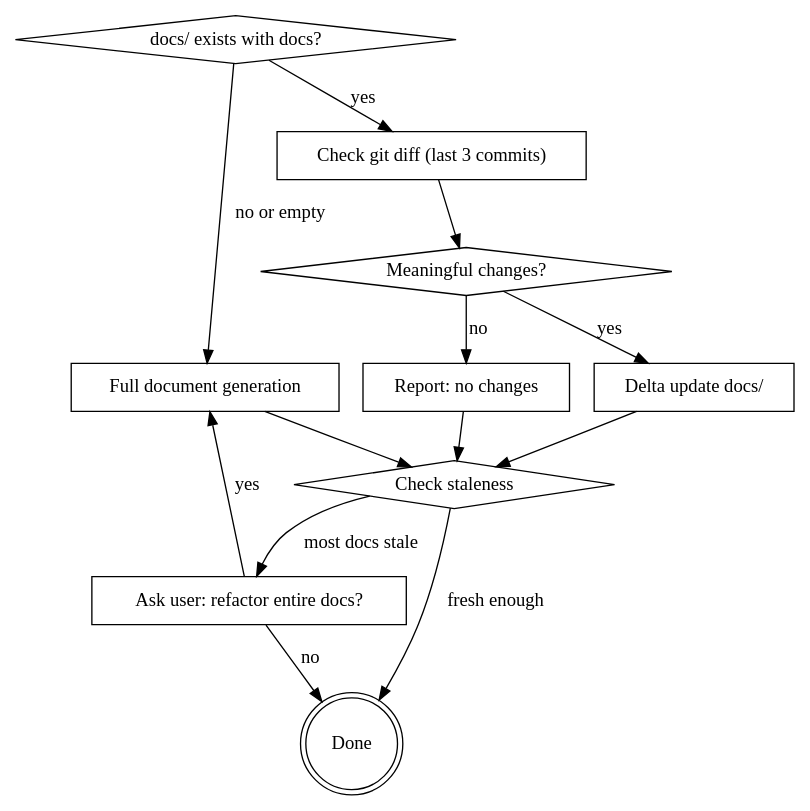
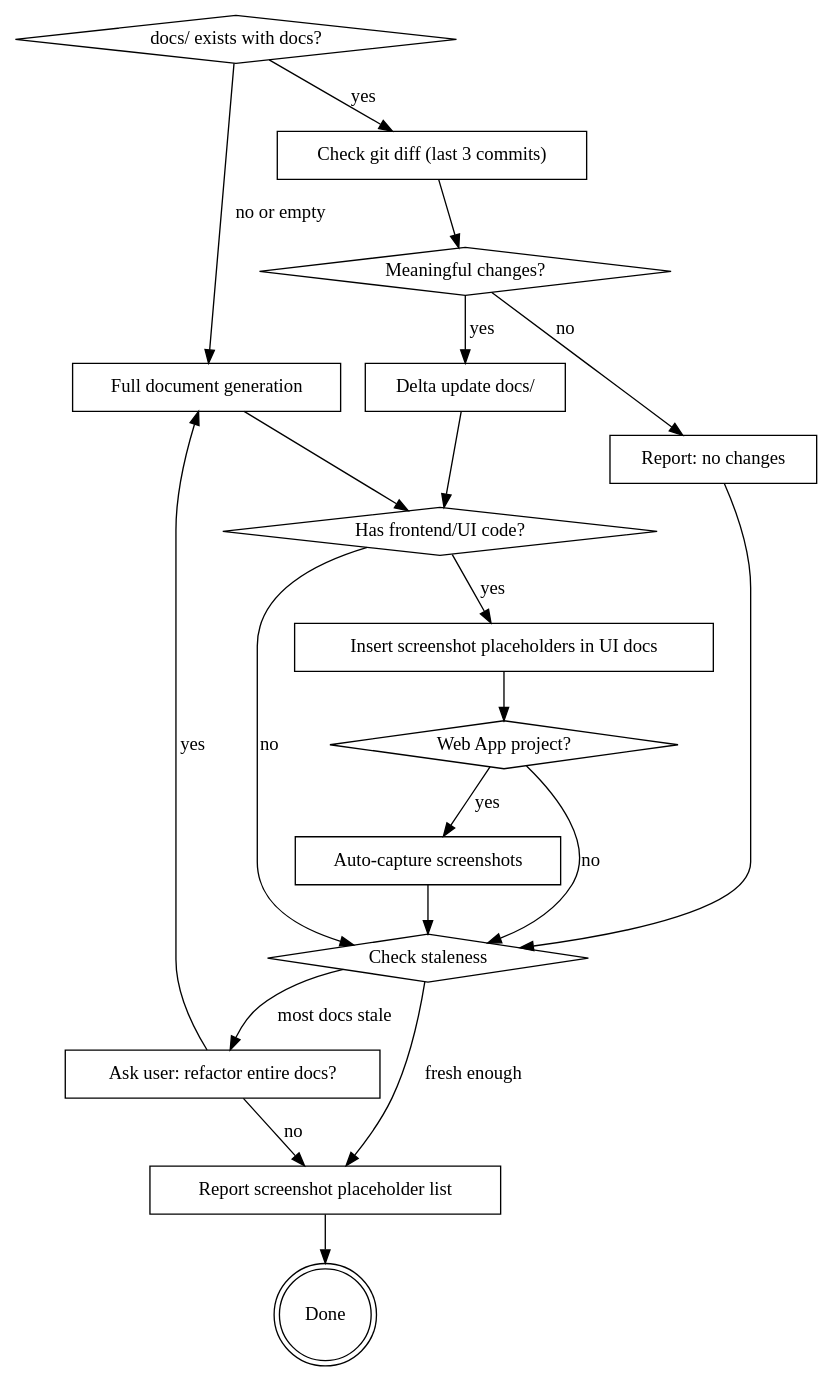
The diagram in skills/writing-docs/SKILL.md (zhang-songhan/yanzhi-docs-generator), drawn with Graphviz before and after one commit. The commit also changed other lines of this file and 3 other files, not shown here.

First line of the commit message:
feat: add screenshot placeholder and auto-capture for frontend UI in architecture docs

````diff
--- a/skills/writing-docs/SKILL.md
+++ b/skills/writing-docs/SKILL.md
@@ -12,26 +12,38 @@
 ```dot
 digraph document_flow {
     "docs/ exists with docs?" [shape=diamond];
     "Full document generation" [shape=box];
     "Check git diff (last 3 commits)" [shape=box];
     "Meaningful changes?" [shape=diamond];
     "Delta update docs/" [shape=box];
     "Report: no changes" [shape=box];
+    "Has frontend/UI code?" [shape=diamond];
+    "Insert screenshot placeholders in UI docs" [shape=box];
+    "Web App project?" [shape=diamond];
+    "Auto-capture screenshots" [shape=box];
     "Check staleness" [shape=diamond];
     "Ask user: refactor entire docs?" [shape=box];
+    "Report screenshot placeholder list" [shape=box];
     "Done" [shape=doublecircle];
 
     "docs/ exists with docs?" -> "Full document generation" [label="no or empty"];
     "docs/ exists with docs?" -> "Check git diff (last 3 commits)" [label="yes"];
-    "Full document generation" -> "Check staleness";
+    "Full document generation" -> "Has frontend/UI code?";
     "Check git diff (last 3 commits)" -> "Meaningful changes?";
     "Meaningful changes?" -> "Delta update docs/" [label="yes"];
     "Meaningful changes?" -> "Report: no changes" [label="no"];
-    "Delta update docs/" -> "Check staleness";
+    "Delta update docs/" -> "Has frontend/UI code?";
+    "Has frontend/UI code?" -> "Insert screenshot placeholders in UI docs" [label="yes"];
+    "Has frontend/UI code?" -> "Check staleness" [label="no"];
+    "Insert screenshot placeholders in UI docs" -> "Web App project?";
+    "Web App project?" -> "Auto-capture screenshots" [label="yes"];
+    "Web App project?" -> "Check staleness" [label="no"];
+    "Auto-capture screenshots" -> "Check staleness";
     "Report: no changes" -> "Check staleness";
     "Check staleness" -> "Ask user: refactor entire docs?" [label="most docs stale"];
-    "Check staleness" -> "Done" [label="fresh enough"];
+    "Check staleness" -> "Report screenshot placeholder list" [label="fresh enough"];
     "Ask user: refactor entire docs?" -> "Full document generation" [label="yes"];
-    "Ask user: refactor entire docs?" -> "Done" [label="no"];
+    "Ask user: refactor entire docs?" -> "Report screenshot placeholder list" [label="no"];
+    "Report screenshot placeholder list" -> "Done";
 }
 ```
````
